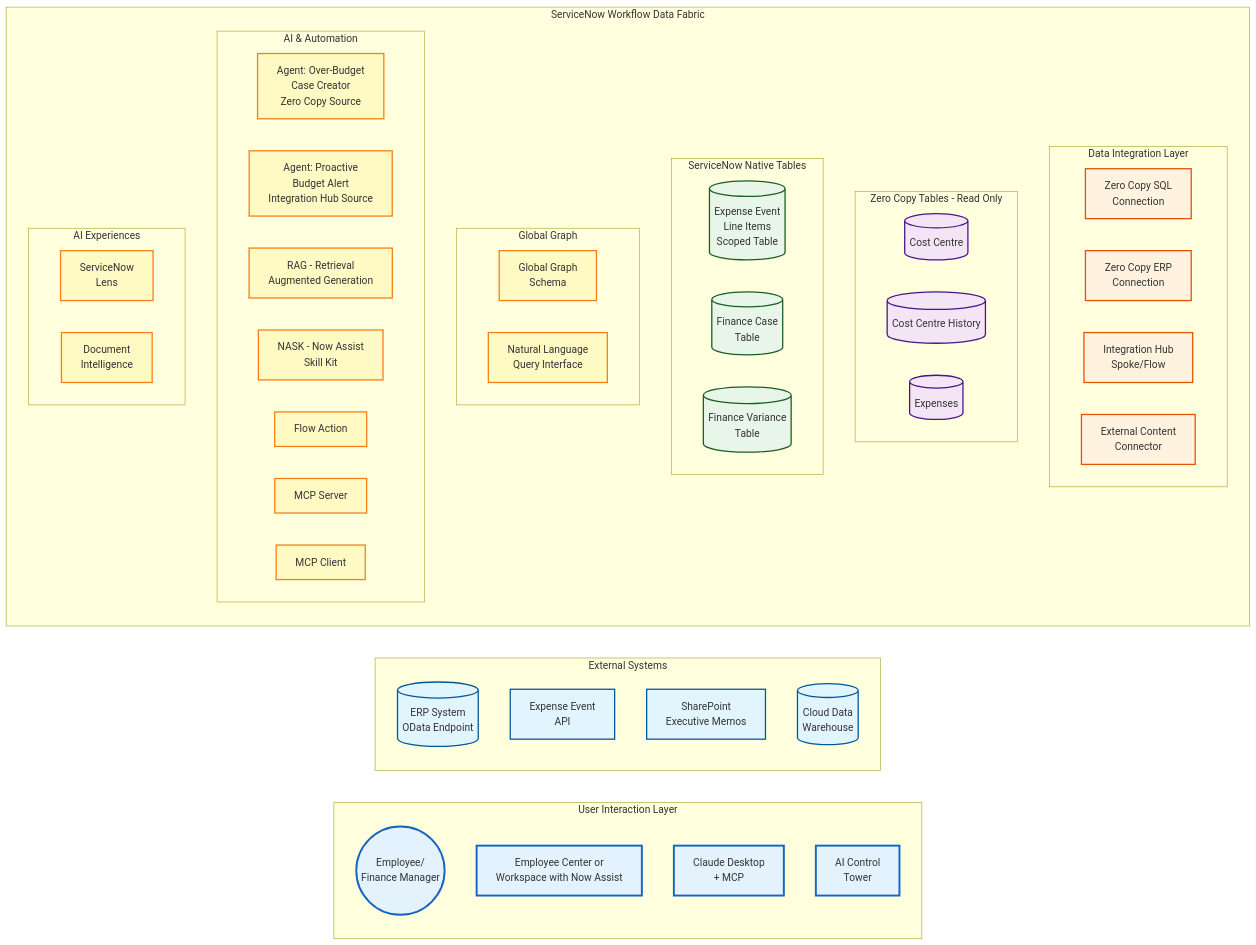
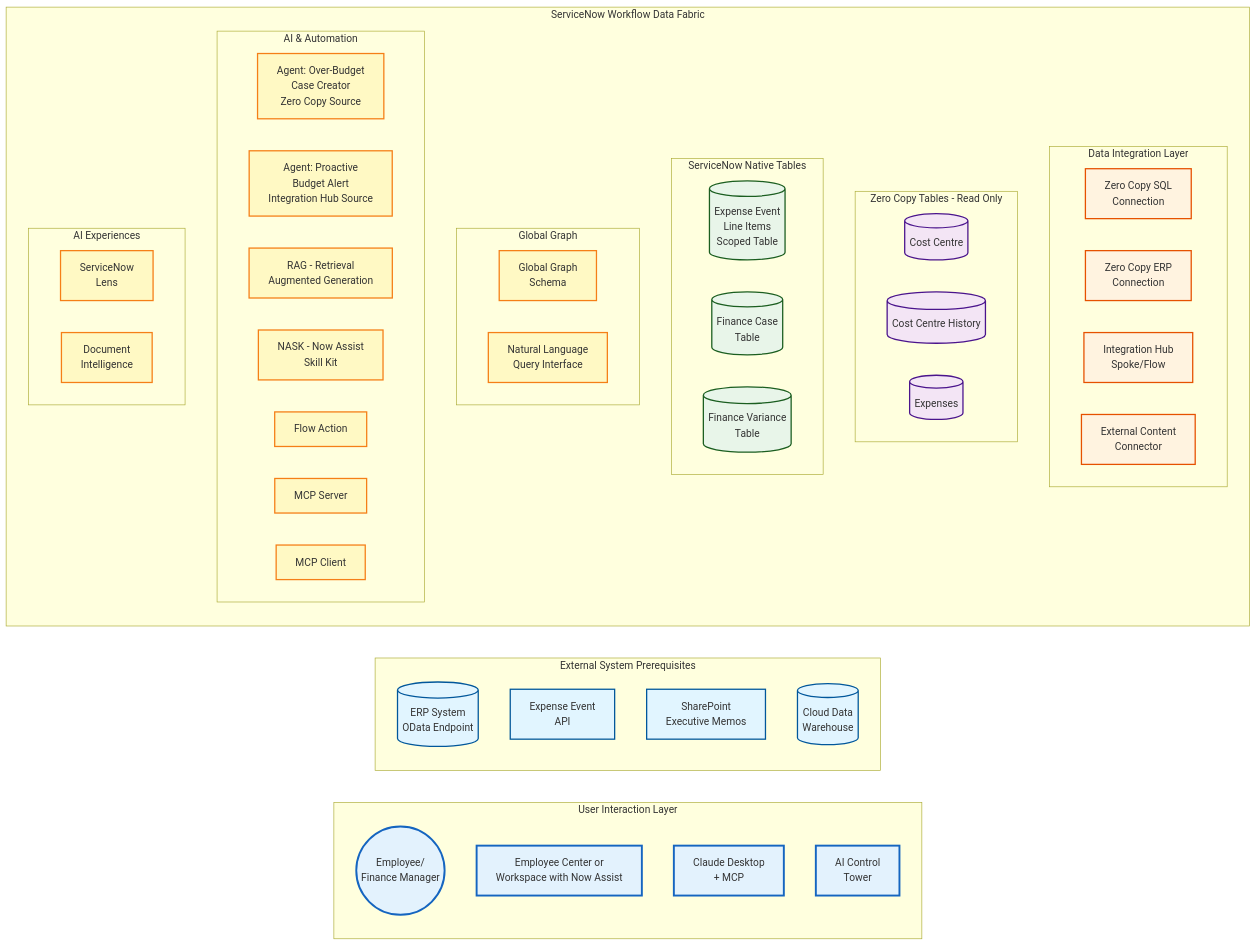
One commit to leojacinto/WorkflowDataFabric-TypeA changed the first of 2 diagrams in WDF_Diagrams.md. Above: the diagram before and after it, drawn with Mermaid. The commit also changed other lines of this file, not shown here.

````diff
--- a/WDF_Diagrams.md
+++ b/WDF_Diagrams.md
@@ -12,72 +16,72 @@
 ```mermaid
 graph LR
     subgraph "User Interaction Layer"
         Employee((Employee/<br/>Finance Manager))
         EC[Employee Center or<br/>Workspace with Now Assist]
         ClaudeDesktop[Claude Desktop<br/>+ MCP]
         ControlTower[AI Control<br/>Tower]
     end
 
-    subgraph "External Systems"
+    subgraph "External System Prerequisites"
         ERP[(ERP System<br/>OData Endpoint)]
         ExpenseAPI[Expense Event<br/>API]
         SharePoint[SharePoint<br/>Executive Memos]
         CDW[(Cloud Data<br/>Warehouse)]
     end
 
     subgraph "ServiceNow Workflow Data Fabric"
         subgraph "Data Integration Layer"
             ZeroCopySQL[Zero Copy SQL<br/>Connection]
             ZeroCopyERP[Zero Copy ERP<br/>Connection]
             IntHub[Integration Hub<br/>Spoke/Flow]
             ExtContent[External Content<br/>Connector]
         end
 
         subgraph "Zero Copy Tables - Read Only"
             ZCCC[(Cost Centre)]
             ZCCH[(Cost Centre History)]
             ZCExp[(Expenses)]
         end
 
         subgraph "ServiceNow Native Tables"
             ExpenseTable[(Expense Event<br/>Line Items<br/>Scoped Table)]
             FinCase[(Finance Case<br/>Table)]
             FinVar[(Finance Variance<br/>Table)]
         end
 
         subgraph "Global Graph"
             GGraph[Global Graph<br/>Schema]
             NLQuery[Natural Language<br/>Query Interface]
         end
 
         subgraph "AI & Automation"
             Agent1[Agent: Over-Budget<br/>Case Creator<br/>Zero Copy Source]
             Agent2[Agent: Proactive<br/>Budget Alert<br/>Integration Hub Source]
             RAG[RAG - Retrieval<br/>Augmented Generation]
             NASK[NASK - Now Assist<br/>Skill Kit]
             FlowAction[Flow Action]
             MCP[MCP Server]
             MCPC[MCP Client]
         end
 
         subgraph "AI Experiences"
             Lens["ServiceNow</br>Lens"]
             DocIntel["Document</br>Intelligence"]
         end
     end
 
     %% Styling
     classDef external fill:#e1f5ff,stroke:#01579b,stroke-width:2px
     classDef integration fill:#fff3e0,stroke:#e65100,stroke-width:2px
     classDef zeroCopy fill:#f3e5f5,stroke:#4a148c,stroke-width:2px
     classDef native fill:#e8f5e9,stroke:#1b5e20,stroke-width:2px
     classDef ai fill:#fff9c4,stroke:#f57f17,stroke-width:2px
     classDef user fill:#e3f2fd,stroke:#1565c0,stroke-width:3px
 
     class ERP,ExpenseAPI,SharePoint,CDW external
     class ZeroCopySQL,ZeroCopyERP,IntHub,ExtContent integration
     class ZCCC,ZCCH,ZCExp zeroCopy
     class ExpenseTable,FinCase,FinVar native
     class Agent1,Agent2,RAG,NASK,FlowAction,MCP,MCPC,GGraph,NLQuery,Lens,DocIntel ai
     class Employee,EC,ControlTower,ClaudeDesktop user
 ```
````
